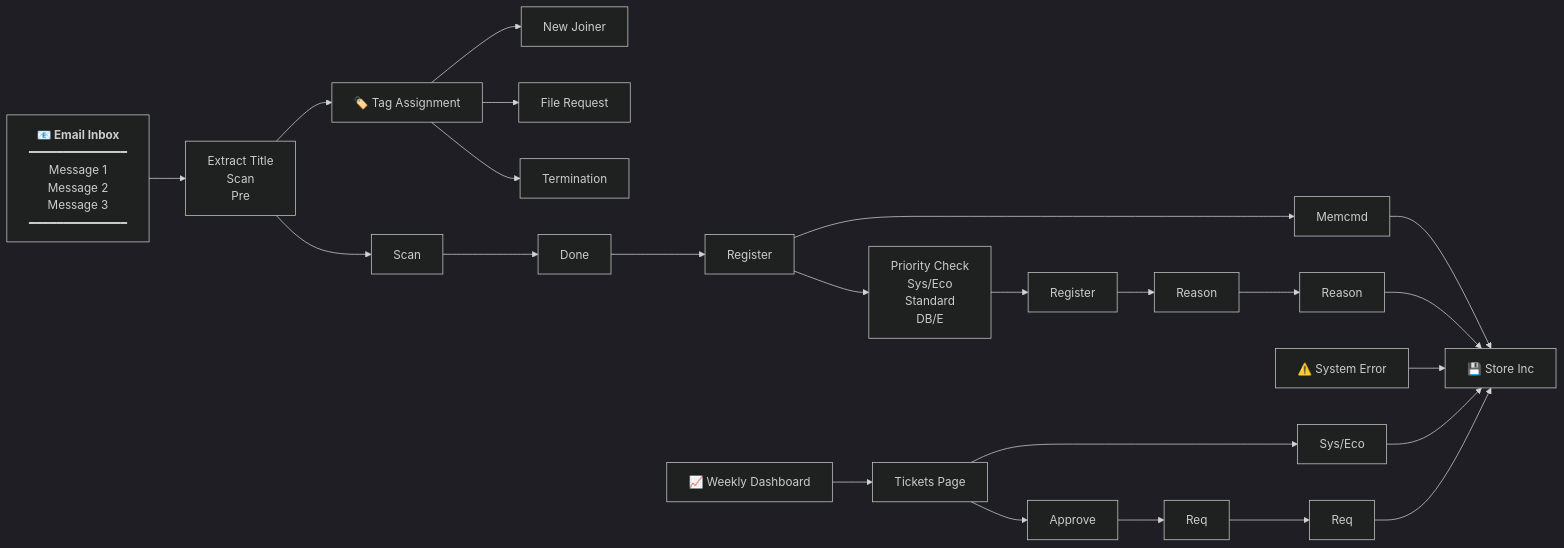
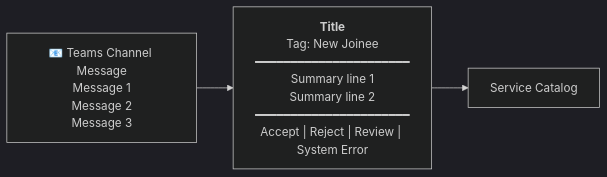
Before and after one commit to rajacsp/mermaid-public-samples: the diagram in email5.md, drawn with Mermaid (dark theme). The commit also changed 5 other files, not shown here.

````diff
--- a/email5.md
+++ b/email5.md
@@ -5,36 +5,11 @@
 ```mermaid
 graph LR
-    INBOX["<b>📧 Email Inbox</b><br/>━━━━━━━━━━━━━━<br/>Message 1<br/>Message 2<br/>Message 3<br/>━━━━━━━━━━━━━━"]
-    INBOX --> EXTRACT["Extract Title<br/>Scan<br/>Pre"]
+    INBOX["📧 Teams Channel Message<br/>Message 1<br/>Message 2<br/>Message 3"]
     
-    EXTRACT --> TAGS["🏷️ Tag Assignment"]
-    TAGS --> TAG1["New Joiner"]
-    TAGS --> TAG2["File Request"]
-    TAGS --> TAG3["Termination"]
+    EXTRACT["<b>Title</b><br/>Tag: New Joinee<br/>━━━━━━━━━━━━━━━━━━━━━━<br/>Summary line 1<br/>Summary line 2<br/>━━━━━━━━━━━━━━━━━━━━━━<br/>Accept | Reject | Review | System Error"]
     
-    EXTRACT --> SCAN["Scan"]
-    SCAN --> DONE["Done"]
-    DONE --> REG1["Register"]
-    REG1 --> MEMCMD["Memcmd"]
+    PROCESS["Service Catalog"]
     
-    REG1 --> PRIORITY["Priority Check<br/>Sys/Eco<br/>Standard<br/>DB/E"]
-    PRIORITY --> REG2["Register"]
-    REG2 --> REASON1["Reason"]
-    REASON1 --> REASON2["Reason"]
-    
-    MEMCMD --> STORE["💾 Store Inc"]
-    REASON2 --> STORE
-    
-    ERROR["⚠️ System Error"]
-    ERROR --> STORE
-    
-    DASHBOARD["📈 Weekly Dashboard"]
-    DASHBOARD --> TICKETS["Tickets Page"]
-    TICKETS --> SYSECO["Sys/Eco"]
-    SYSECO --> STORE
-    
-    TICKETS --> APPROVE["Approve"]
-    APPROVE --> REQ1["Req"]
-    REQ1 --> REQ2["Req"]
-    REQ2 --> STORE
+    INBOX --> EXTRACT
+    EXTRACT --> PROCESS
 ```
````
